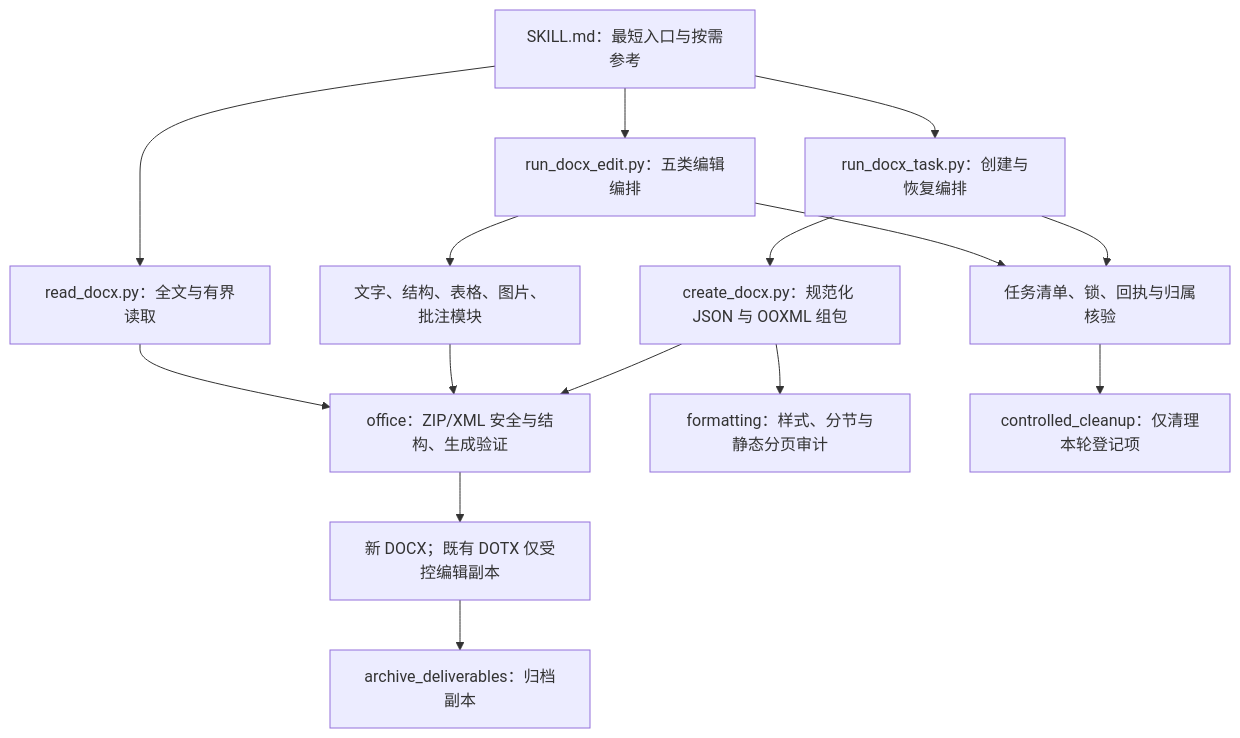
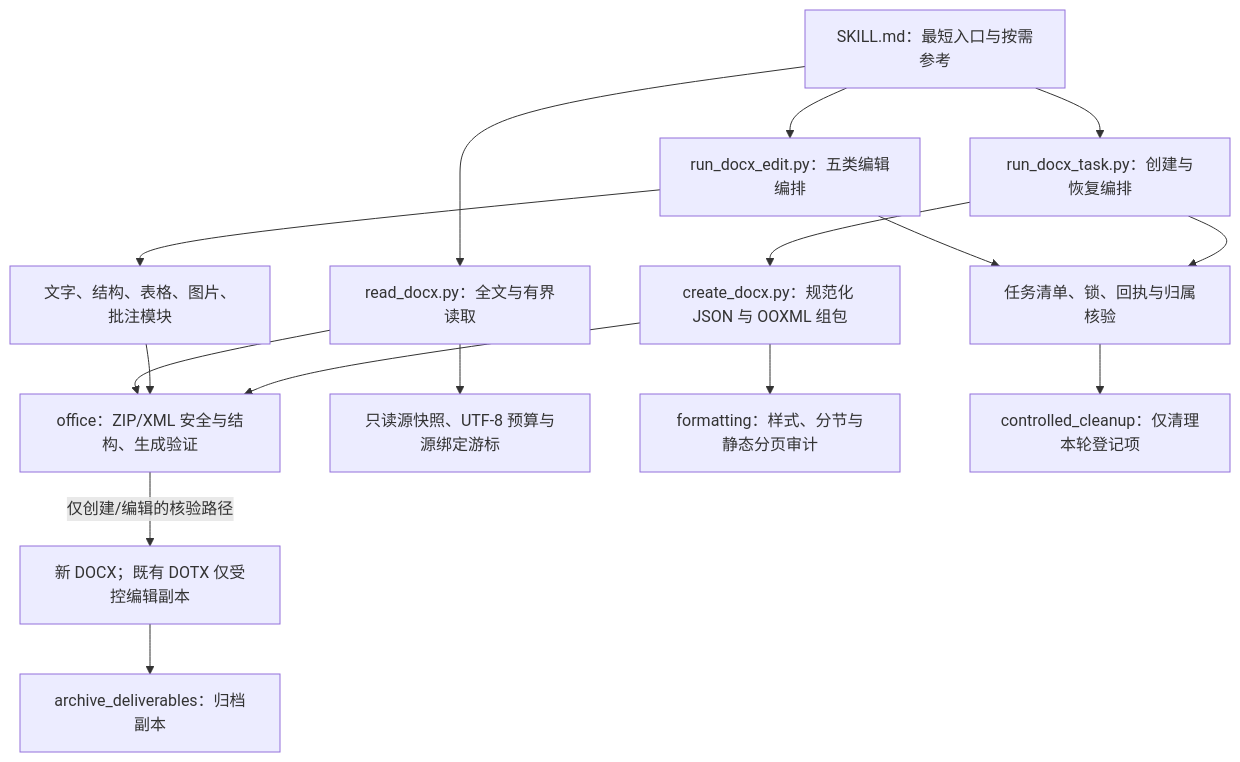
The first of 2 diagrams in docs/skills/docx.md (JohnParken/PSL-SKILLS), drawn with Mermaid before and after one commit. The commit also changed other lines of this file and 17 other files, not shown here.

````diff
--- a/docs/skills/docx.md
+++ b/docs/skills/docx.md
@@ -18,17 +18,18 @@
 ```mermaid
 flowchart TD
     A["SKILL.md：最短入口与按需参考"] --> B["run_docx_task.py：创建与恢复编排"]
     A --> C["read_docx.py：全文与有界读取"]
     A --> D["run_docx_edit.py：五类编辑编排"]
     B --> E["create_docx.py：规范化 JSON 与 OOXML 组包"]
     D --> F["文字、结构、表格、图片、批注模块"]
     E --> G["office：ZIP/XML 安全与结构、生成验证"]
     F --> G
     C --> G
+    C --> P["只读源快照、UTF-8 预算与源绑定游标"]
     E --> H["formatting：样式、分节与静态分页审计"]
-    G --> I["新 DOCX；既有 DOTX 仅受控编辑副本"]
+    G -->|"仅创建/编辑的核验路径"| I["新 DOCX；既有 DOTX 仅受控编辑副本"]
     B --> J["任务清单、锁、回执与归属核验"]
     D --> J
     I --> K["archive_deliverables：归档副本"]
     J --> L["controlled_cleanup：仅清理本轮登记项"]
 ```
````
